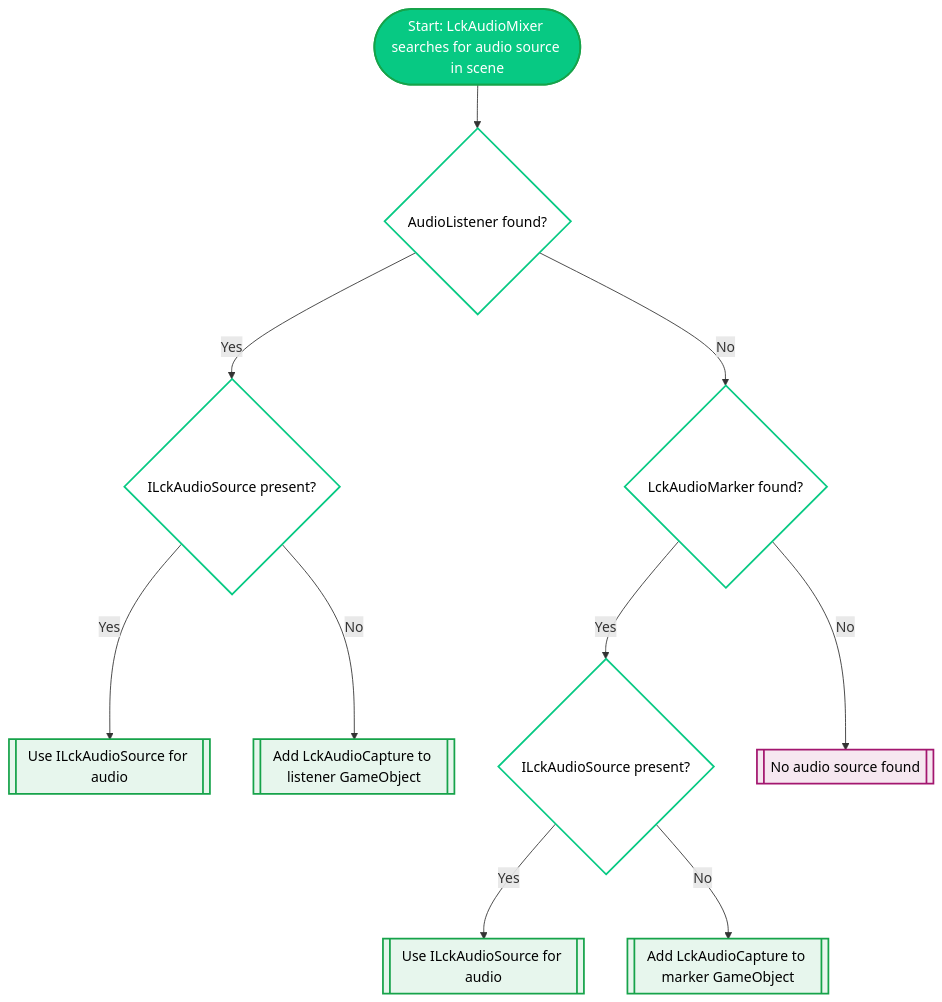
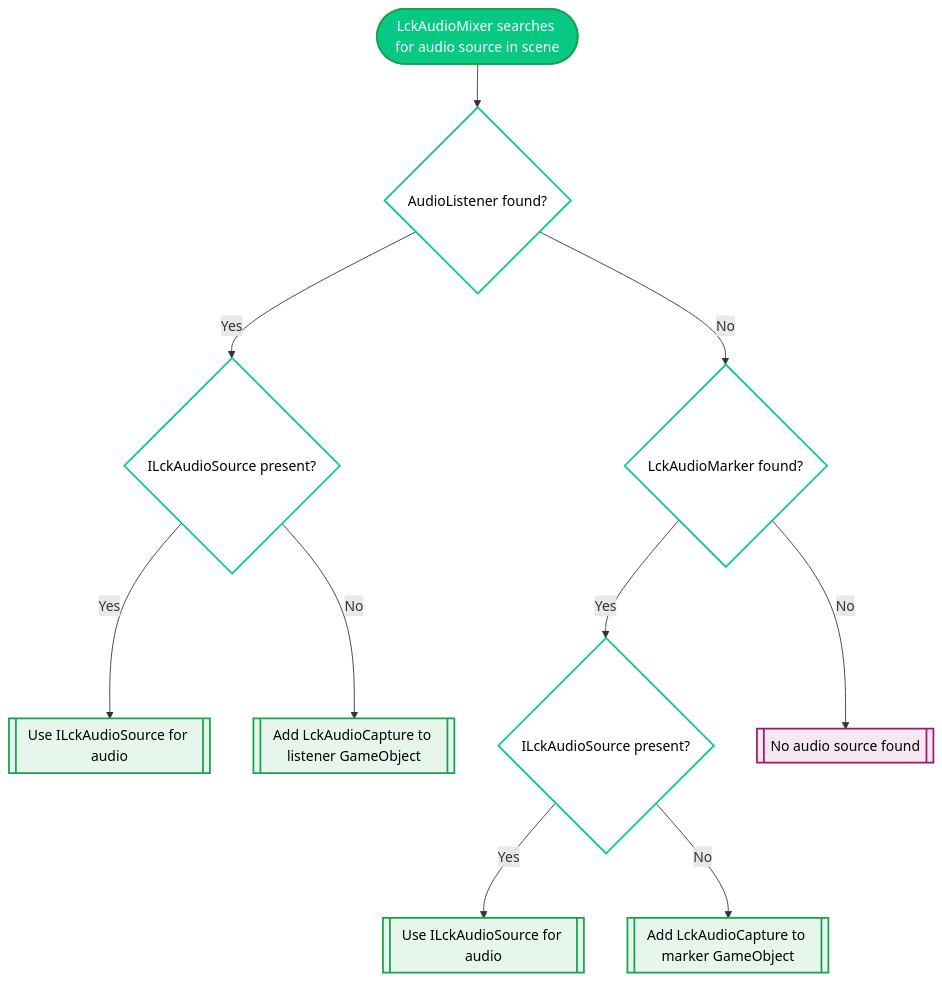
Before and after one commit to freydog-liv/docs: the diagram in customisation/audio.mdx, drawn with Mermaid.

Commit message:
Documentation edits made through Mintlify web editor

````diff
--- a/customisation/audio.mdx
+++ b/customisation/audio.mdx
@@ -13,29 +13,29 @@
 ```mermaid
 flowchart TD
-    A([Start: LckAudioMixer searches for audio source in scene]) --> B{AudioListener found?}
+    A([LckAudioMixer searches for audio source in scene]) --> B{AudioListener found?}
 
     B -->|Yes| C{ILckAudioSource present?}
     C -->|Yes| D[[Use ILckAudioSource for audio]]
     C -->|No| E[[Add LckAudioCapture to listener GameObject]]
 
     B -->|No| F{LckAudioMarker found?}
     F -->|Yes| G{ILckAudioSource present?}
     G -->|Yes| H[[Use ILckAudioSource for audio]]
     G -->|No| I[[Add LckAudioCapture to marker GameObject]]
 
     F -->|No| J[[No audio source found]]
 
 
              %% Styling - Rounded nodes
     style A fill:#07C983,stroke:#16A34A,stroke-width:2px,color:#FFFFFF,rx:15,ry:15
     style B fill:#FFFFFF,stroke:#07C983,stroke-width:2px,color:#000000,rx:15,ry:15
     style C fill:#FFFFFF,stroke:#07C983,stroke-width:2px,color:#000000,rx:15,ry:15
     style F fill:#FFFFFF,stroke:#07C983,stroke-width:2px,color:#000000,rx:15,ry:15
     style G fill:#FFFFFF,stroke:#07C983,stroke-width:2px,color:#000000,rx:15,ry:15
 
     style D fill:#E7F6ED,stroke:#16A34A,stroke-width:2px,color:#000000,rx:15,ry:15
     style E fill:#E7F6ED,stroke:#16A34A,stroke-width:2px,color:#000000,rx:15,ry:15
     style H fill:#E7F6ED,stroke:#16A34A,stroke-width:2px,color:#000000,rx:15,ry:15
     style I fill:#E7F6ED,stroke:#16A34A,stroke-width:2px,color:#000000,rx:15,ry:15
     style J fill:#F6E7F0,stroke:#A3166F,stroke-width:2px,color:#000000,rx:15,ry:15
 ```
````
